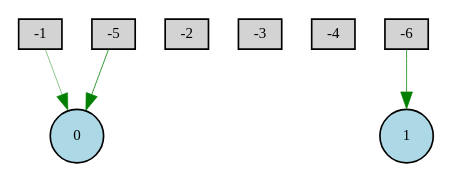
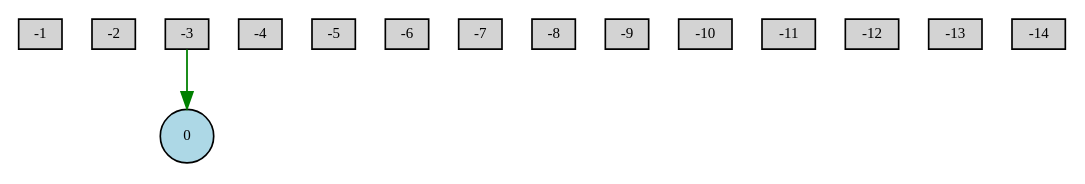
The diagram in neat-application/winner-feedforward-enabled-pruned.gv (HalcoDraco/I2R), drawn with Graphviz before and after one commit. The commit also changed 12 other files, not shown here.

```diff
--- a/neat-application/winner-feedforward-enabled-pruned.gv
+++ b/neat-application/winner-feedforward-enabled-pruned.gv
@@ -1,14 +1,19 @@
 digraph {
 	node [fontsize=9 height=0.2 shape=circle width=0.2]
 	-1 [fillcolor=lightgray shape=box style=filled]
 	-2 [fillcolor=lightgray shape=box style=filled]
 	-3 [fillcolor=lightgray shape=box style=filled]
 	-4 [fillcolor=lightgray shape=box style=filled]
 	-5 [fillcolor=lightgray shape=box style=filled]
 	-6 [fillcolor=lightgray shape=box style=filled]
+	-7 [fillcolor=lightgray shape=box style=filled]
+	-8 [fillcolor=lightgray shape=box style=filled]
+	-9 [fillcolor=lightgray shape=box style=filled]
+	-10 [fillcolor=lightgray shape=box style=filled]
+	-11 [fillcolor=lightgray shape=box style=filled]
+	-12 [fillcolor=lightgray shape=box style=filled]
+	-13 [fillcolor=lightgray shape=box style=filled]
+	-14 [fillcolor=lightgray shape=box style=filled]
 	0 [fillcolor=lightblue style=filled]
-	1 [fillcolor=lightblue style=filled]
-	-5 -> 0 [color=green penwidth=0.47686035679125993 style=solid]
-	-6 -> 1 [color=green penwidth=0.451108972068783 style=solid]
-	-1 -> 0 [color=green penwidth=0.27306971563165505 style=solid]
+	-3 -> 0 [color=green penwidth=1.0695514759450662 style=solid]
 }
```
